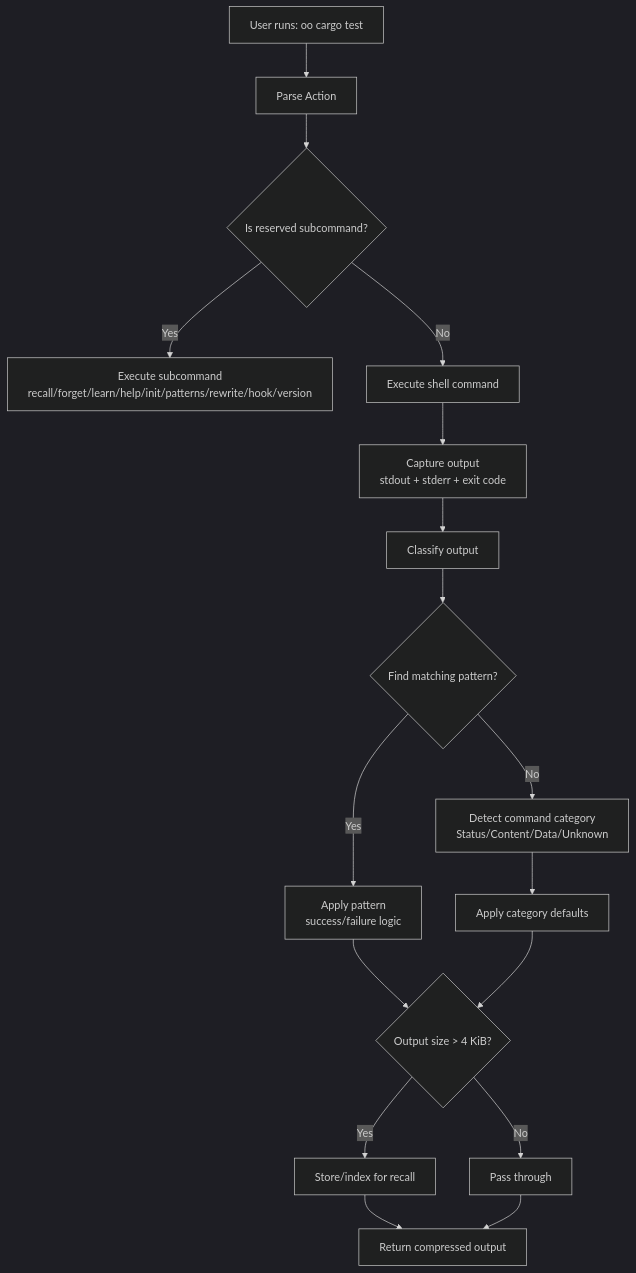
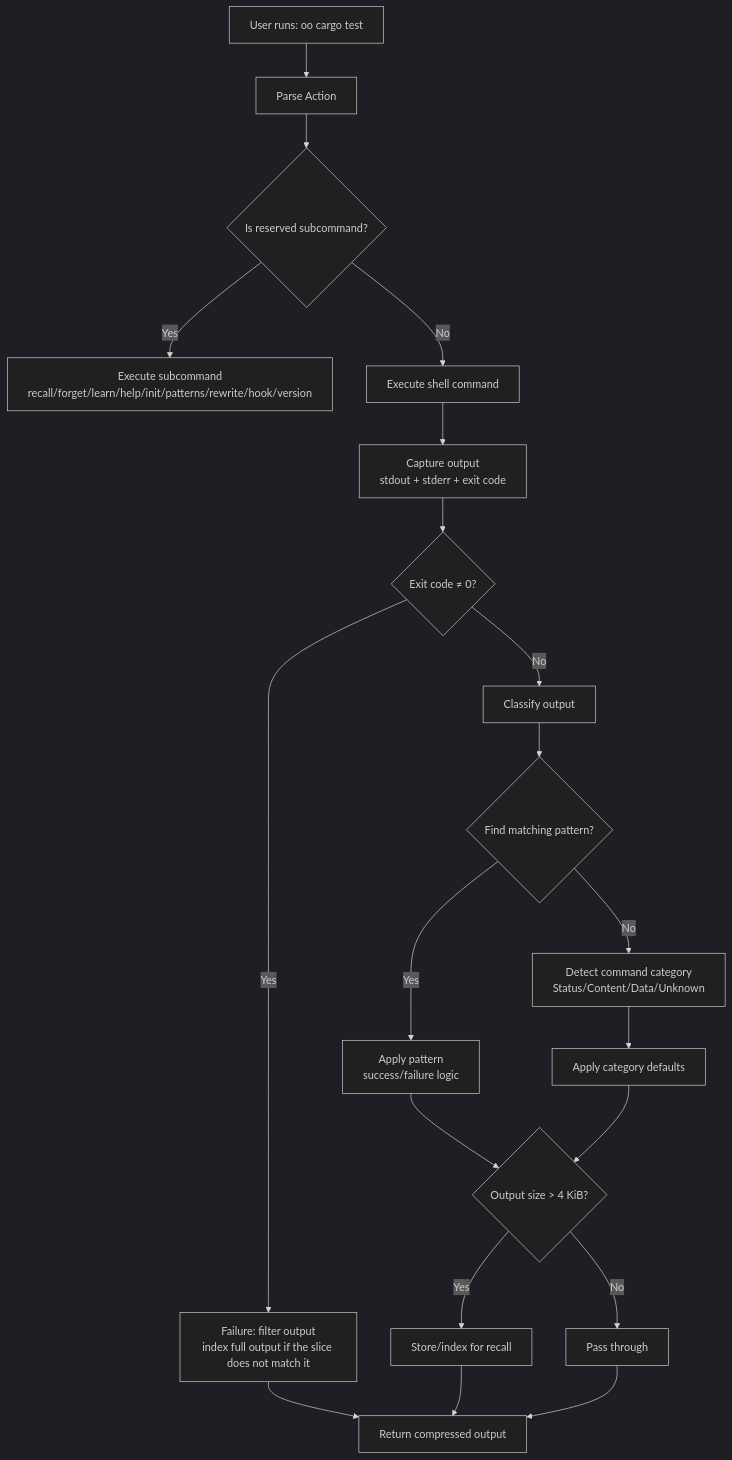
One commit to randomm/oo changed the diagram in docs/architecture.md. Above: the diagram before and after it, drawn with Mermaid (dark theme). The commit also changed other lines of this file and 7 other files, not shown here.

First line of the commit message:
fix(#185): compare failure slice line-for-line so unshown-nothing is not advertised

````diff
--- a/docs/architecture.md
+++ b/docs/architecture.md
@@ -9,19 +9,22 @@
 ```mermaid
 flowchart TD
     A[User runs: oo cargo test] --> B[Parse Action]
     B --> C{Is reserved subcommand?}
     C -->|Yes| D[Execute subcommand<br/>recall/forget/learn/help/init/patterns/rewrite/hook/version]
     C -->|No| E[Execute shell command]
     E --> F[Capture output<br/>stdout + stderr + exit code]
-    F --> G[Classify output]
+    F --> X{Exit code ≠ 0?}
+    X -->|Yes| FL[Failure: filter output<br/>index full output if the slice does not match it]
+    FL --> O
+    X -->|No| G[Classify output]
     G --> H{Find matching pattern?}
     H -->|Yes| I[Apply pattern<br/>success/failure logic]
     H -->|No| J[Detect command category<br/>Status/Content/Data/Unknown]
     J --> K[Apply category defaults]
     I --> L{Output size > 4 KiB?}
     K --> L
     L -->|Yes| M[Store/index for recall]
     L -->|No| N[Pass through]
     M --> O[Return compressed output]
     N --> O
 ```
````
